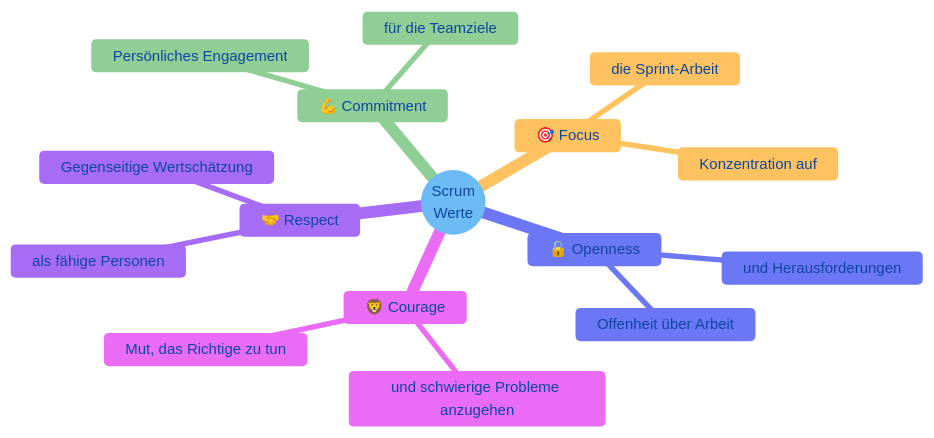
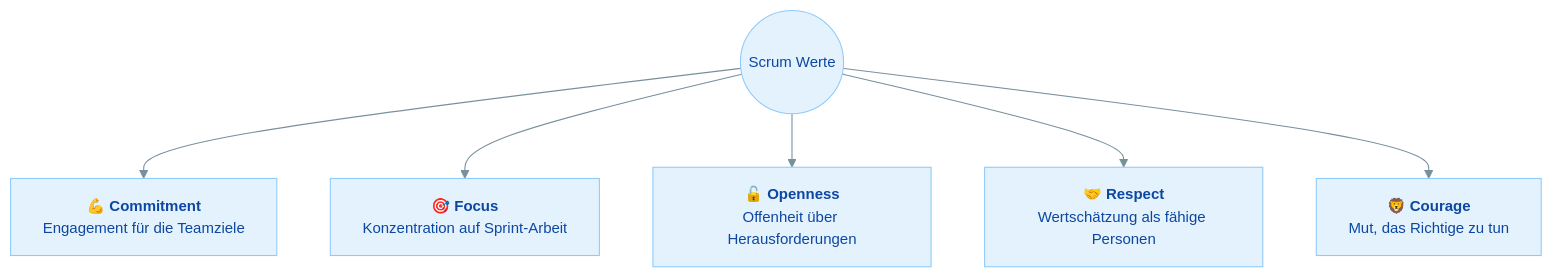
The fourth of 4 diagrams in docs/modul-3/zusatzmaterial/scrum/01-scrum-theorie-und-werte.md (JacobMenge/kurs-25-06), drawn with Mermaid before and after one commit. The commit also changed other lines of this file and 4 other files, not shown here.

First line of the commit message:
Mermaid-Diagramme in Scrum-Material bereinigen

````diff
--- a/docs/modul-3/zusatzmaterial/scrum/01-scrum-theorie-und-werte.md
+++ b/docs/modul-3/zusatzmaterial/scrum/01-scrum-theorie-und-werte.md
@@ -241,20 +239,10 @@
 ```mermaid
 %%{init: {'theme': 'base', 'themeVariables': {'primaryColor': '#e3f2fd', 'primaryTextColor': '#0d47a1', 'primaryBorderColor': '#90caf9', 'secondaryColor': '#e8f5e9', 'secondaryTextColor': '#1b5e20', 'secondaryBorderColor': '#a5d6a7', 'tertiaryColor': '#fff3e0', 'tertiaryTextColor': '#e65100', 'tertiaryBorderColor': '#ffcc80', 'lineColor': '#78909c', 'fontSize': '14px'}}}%%
-mindmap
-  root((Scrum<br/>Werte))
-    💪 Commitment
-      Persönliches Engagement
-      für die Teamziele
-    🎯 Focus
-      Konzentration auf
-      die Sprint-Arbeit
-    🔓 Openness
-      Offenheit über Arbeit
-      und Herausforderungen
-    🤝 Respect
-      Gegenseitige Wertschätzung
-      als fähige Personen
-    🦁 Courage
-      Mut, das Richtige zu tun
-      und schwierige Probleme anzugehen
+graph TD
+    ROOT((Scrum Werte))
+    ROOT --> C["💪 <b>Commitment</b><br/>Engagement für die Teamziele"]
+    ROOT --> F["🎯 <b>Focus</b><br/>Konzentration auf Sprint-Arbeit"]
+    ROOT --> O["🔓 <b>Openness</b><br/>Offenheit über Herausforderungen"]
+    ROOT --> R["🤝 <b>Respect</b><br/>Wertschätzung als fähige Personen"]
+    ROOT --> CO["🦁 <b>Courage</b><br/>Mut, das Richtige zu tun"]
 ```
````
